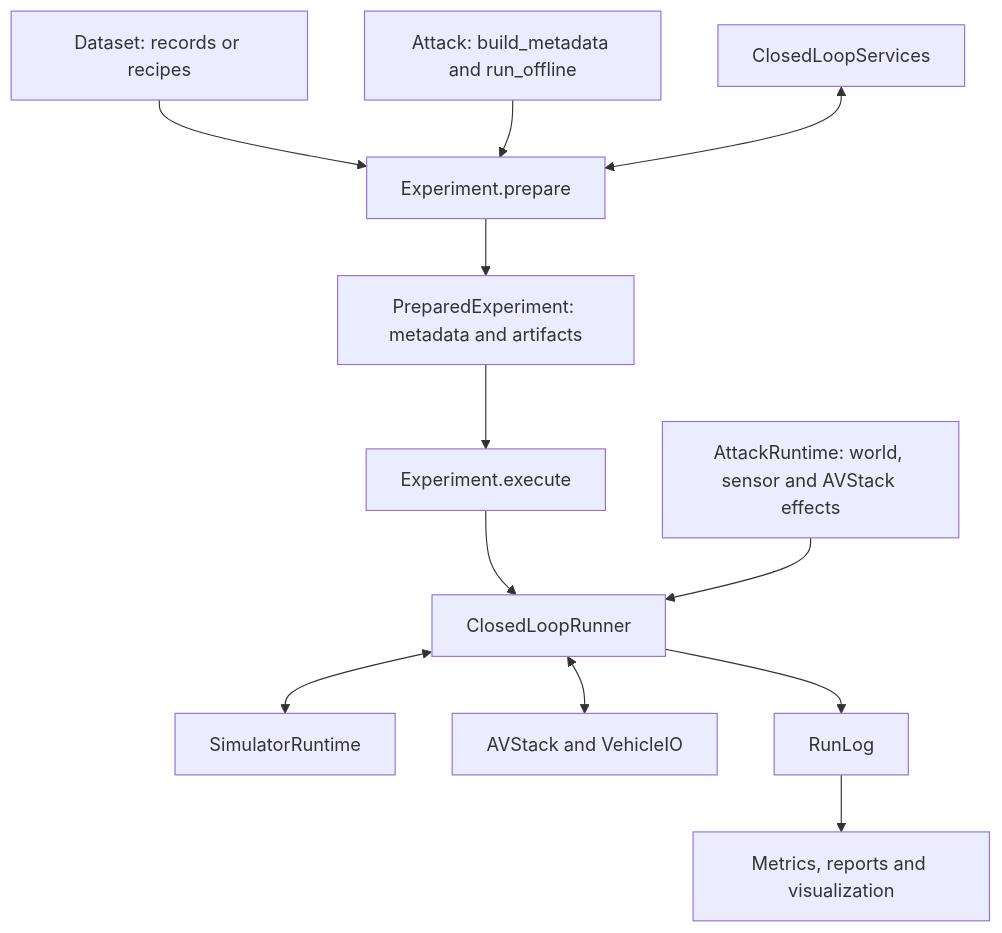
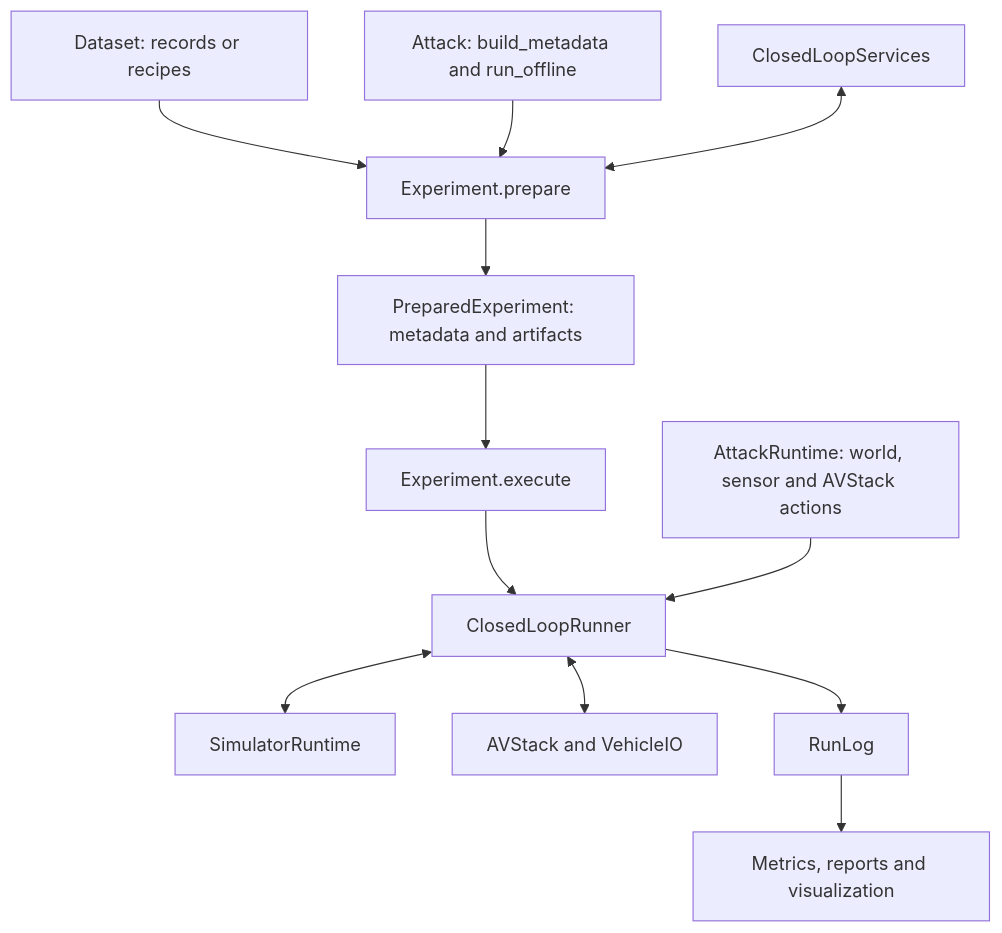
Before and after one commit to AVSecProject/AVSecTester: the diagram in docs/concepts/architecture.md, drawn with Mermaid. The commit also changed other lines of this file and 74 other files, not shown here.

First line of the commit message:
refactor: unify attack actions and remove format versions

````diff
--- a/docs/concepts/architecture.md
+++ b/docs/concepts/architecture.md
@@ -14,14 +14,14 @@
 ```mermaid
 flowchart TD
     D[Dataset: records or recipes] --> P[Experiment.prepare]
     A[Attack: build_metadata and run_offline] --> P
     S[ClosedLoopServices] <--> P
     P --> M[PreparedExperiment: metadata and artifacts]
     M --> E[Experiment.execute]
     E --> R[ClosedLoopRunner]
     R <--> W[SimulatorRuntime]
     R <--> V[AVStack and VehicleIO]
-    T[AttackRuntime: world, sensor and AVStack effects] --> R
+    T[AttackRuntime: world, sensor and AVStack actions] --> R
     R --> L[RunLog]
     L --> Q[Metrics, reports and visualization]
 ```
````
